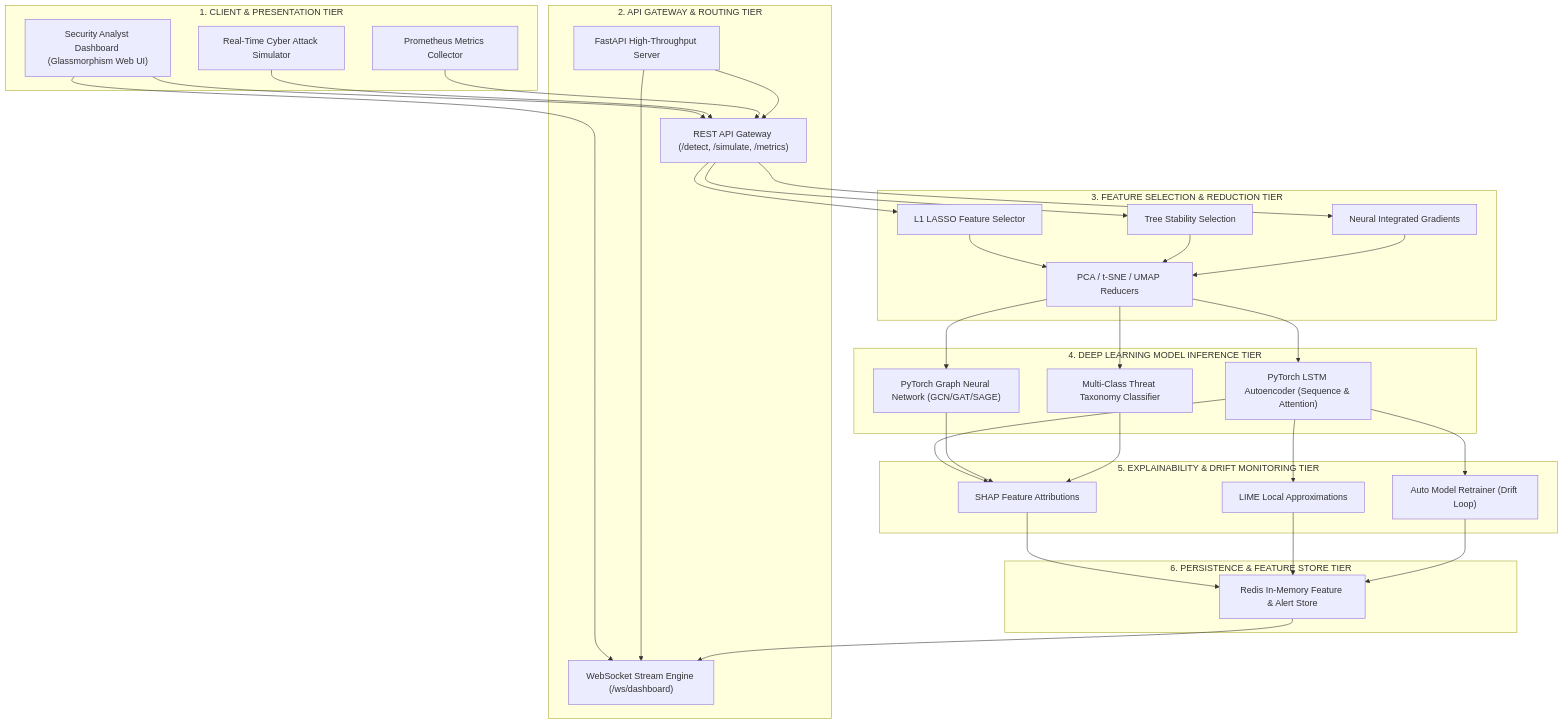
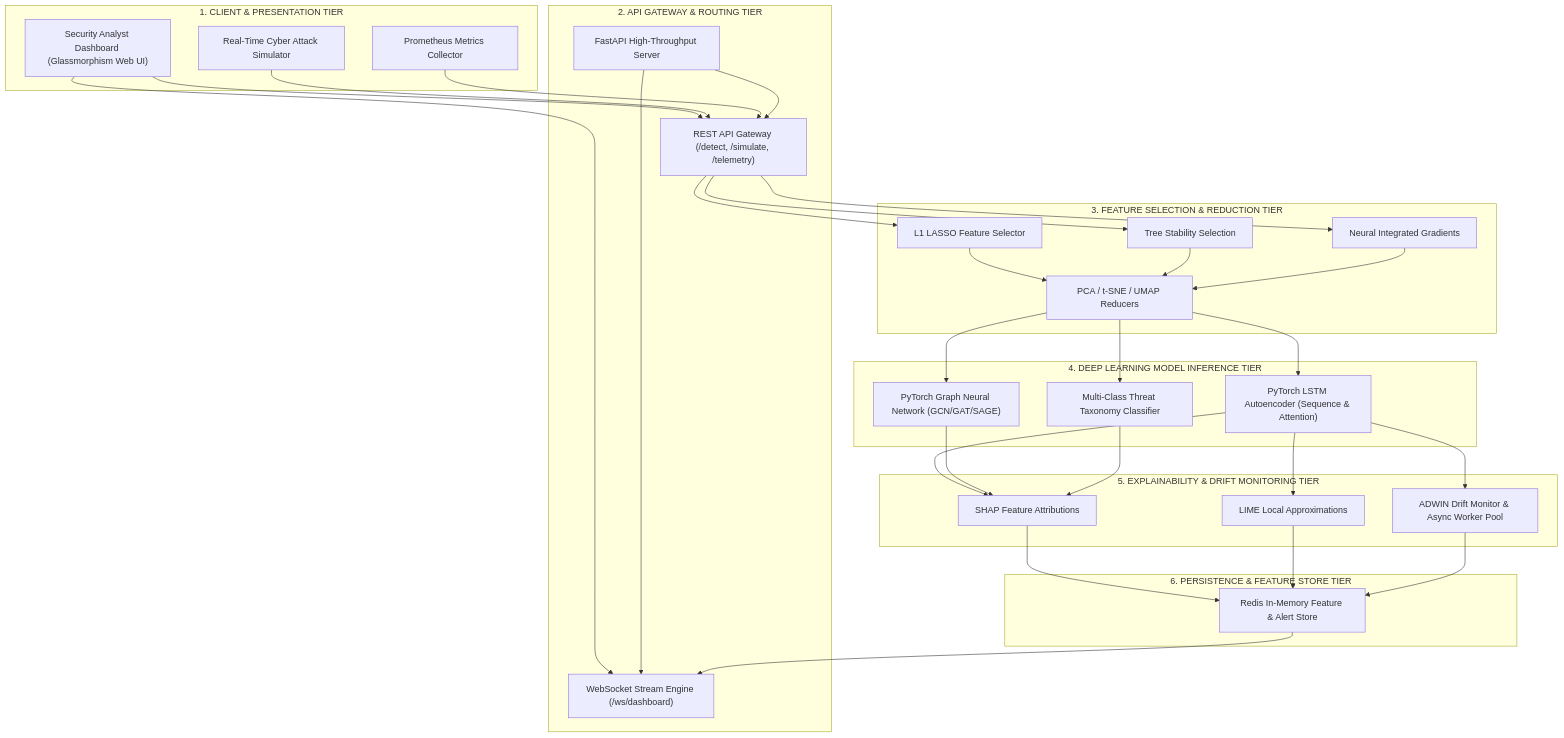
The diagram in README.md (gaur-avvv/Al-Powered-Behavioral-Anomaly-Detection), drawn with Mermaid before and after one commit. The commit also changed other lines of this file and 6 other files, not shown here.

Commit message:
feat: add ADWIN drift monitor engine, telemetry ingestion queue, cold-start fallback routing, and updated LaTeX equations

````diff
--- a/README.md
+++ b/README.md
@@ -85,68 +146,68 @@
 ```mermaid
 graph TD
     subgraph Tier1["1. CLIENT & PRESENTATION TIER"]
         UI["Security Analyst Dashboard (Glassmorphism Web UI)"]
         Sim["Real-Time Cyber Attack Simulator"]
         MetricsUI["Prometheus Metrics Collector"]
     end
 
     subgraph Tier2["2. API GATEWAY & ROUTING TIER"]
         FastAPI["FastAPI High-Throughput Server"]
-        REST["REST API Gateway (/detect, /simulate, /metrics)"]
+        REST["REST API Gateway (/detect, /simulate, /telemetry)"]
         WS["WebSocket Stream Engine (/ws/dashboard)"]
     end
 
     subgraph Tier3["3. FEATURE SELECTION & REDUCTION TIER"]
         L1["L1 LASSO Feature Selector"]
         TreeSel["Tree Stability Selection"]
         IG["Neural Integrated Gradients"]
         DimRed["PCA / t-SNE / UMAP Reducers"]
     end
 
     subgraph Tier4["4. DEEP LEARNING MODEL INFERENCE TIER"]
         LSTM["PyTorch LSTM Autoencoder (Sequence & Attention)"]
         GNN["PyTorch Graph Neural Network (GCN/GAT/SAGE)"]
         Classifier["Multi-Class Threat Taxonomy Classifier"]
     end
 
     subgraph Tier5["5. EXPLAINABILITY & DRIFT MONITORING TIER"]
         SHAP["SHAP Feature Attributions"]
         LIME["LIME Local Approximations"]
-        Retrainer["Auto Model Retrainer (Drift Loop)"]
+        Retrainer["ADWIN Drift Monitor & Async Worker Pool"]
     end
 
     subgraph Tier6["6. PERSISTENCE & FEATURE STORE TIER"]
         Redis["Redis In-Memory Feature & Alert Store"]
     end
 
     UI --> REST
     UI --> WS
     Sim --> REST
     MetricsUI --> REST
 
     FastAPI --> REST
     FastAPI --> WS
 
     REST --> L1
     REST --> TreeSel
     REST --> IG
 
     L1 --> DimRed
     TreeSel --> DimRed
     IG --> DimRed
 
     DimRed --> LSTM
     DimRed --> GNN
     DimRed --> Classifier
 
     LSTM --> SHAP
     LSTM --> LIME
     GNN --> SHAP
     Classifier --> SHAP
     LSTM --> Retrainer
 
     SHAP --> Redis
     LIME --> Redis
     Retrainer --> Redis
     Redis --> WS
 ```
````
